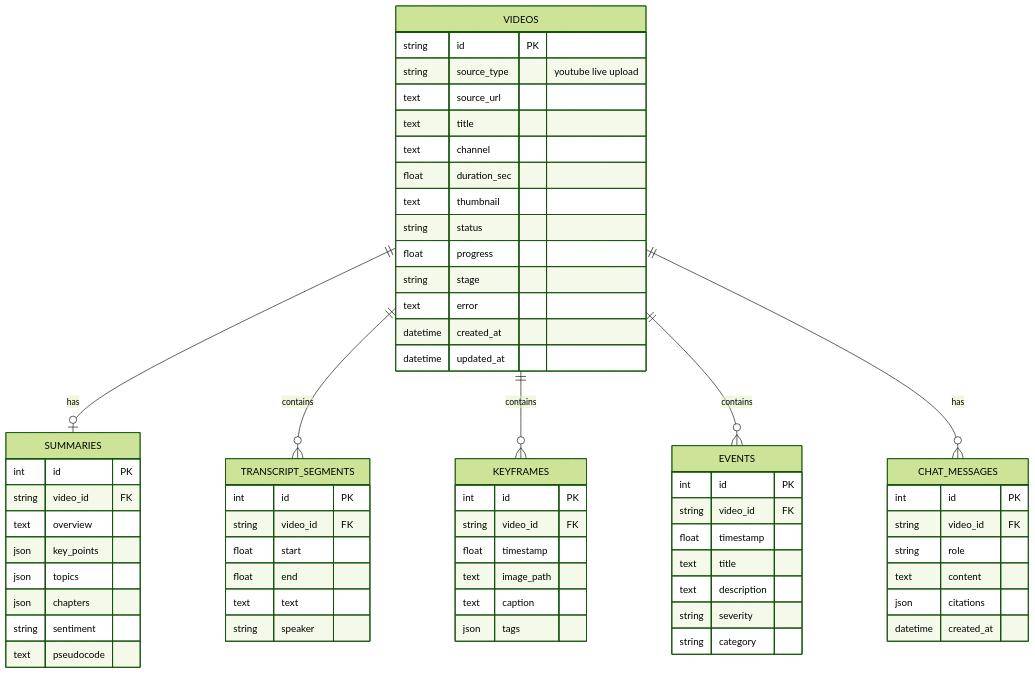
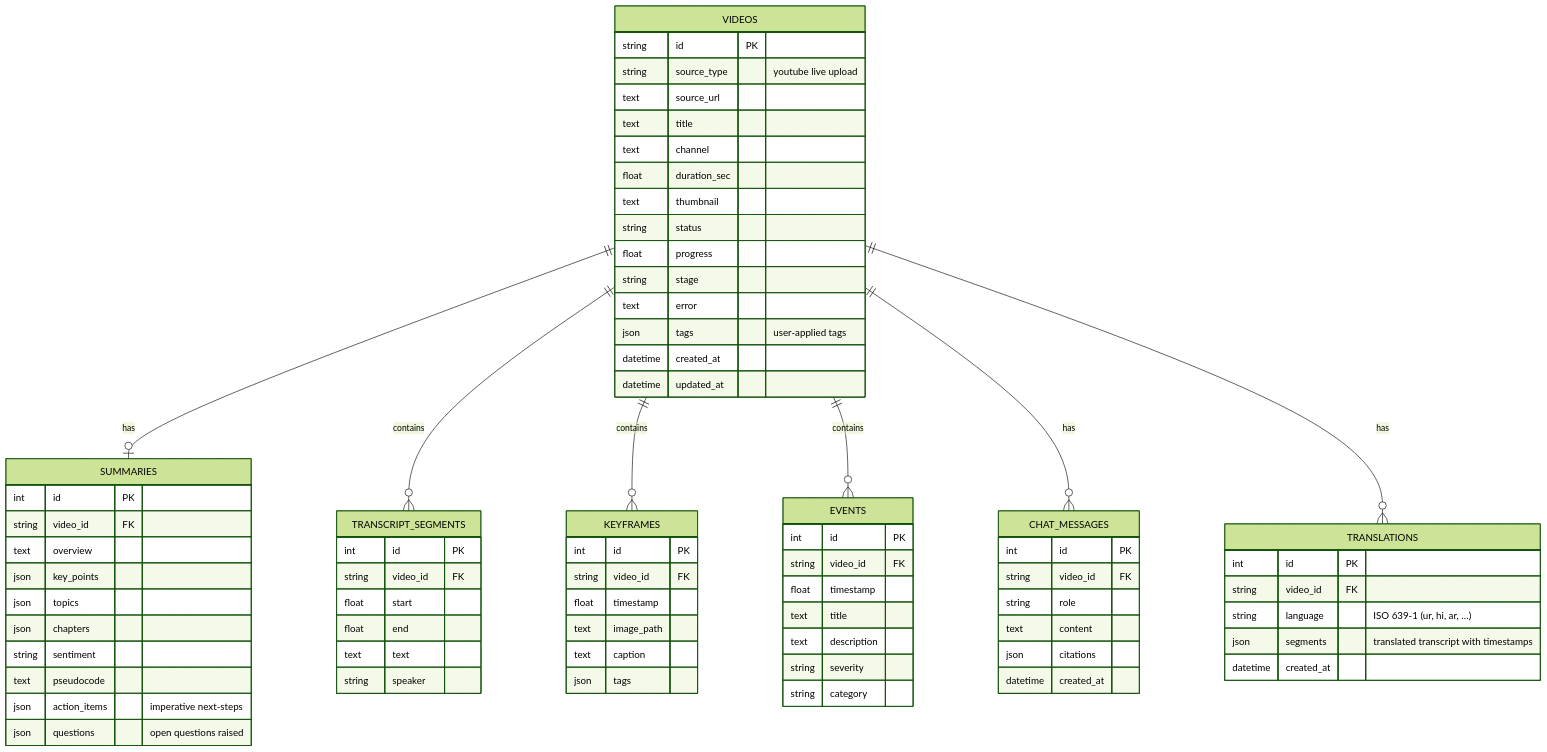
One commit to noumanic/VidIQ changed the sixth of 8 diagrams in README.md. Above: the diagram before and after it, drawn with Mermaid (forest theme). The commit also changed other lines of this file, not shown here.

````diff
--- a/README.md
+++ b/README.md
@@ -367,6 +430,7 @@
     VIDEOS ||--o{ KEYFRAMES : contains
     VIDEOS ||--o{ EVENTS : contains
     VIDEOS ||--o{ CHAT_MESSAGES : has
+    VIDEOS ||--o{ TRANSLATIONS : has
 
     VIDEOS {
         string id PK
@@ -380,6 +444,7 @@
         float progress
         string stage
         text error
+        json tags "user-applied tags"
         datetime created_at
         datetime updated_at
     }
@@ -393,6 +458,8 @@
         json chapters
         string sentiment
         text pseudocode
+        json action_items "imperative next-steps"
+        json questions "open questions raised"
     }
 
     TRANSCRIPT_SEGMENTS {
@@ -431,4 +498,12 @@
         json citations
         datetime created_at
     }
+
+    TRANSLATIONS {
+        int id PK
+        string video_id FK
+        string language "ISO 639-1 (ur, hi, ar, …)"
+        json segments "translated transcript with timestamps"
+        datetime created_at
+    }
 ```
````
